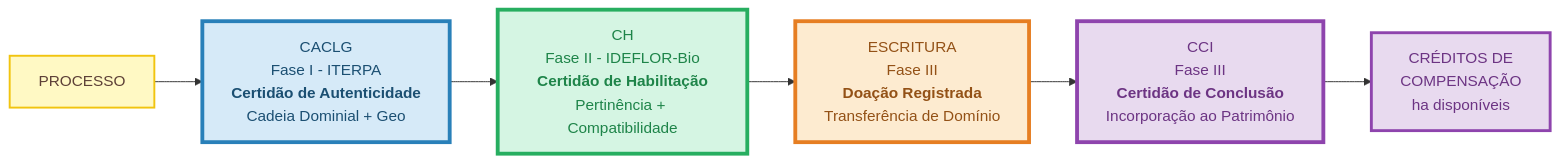
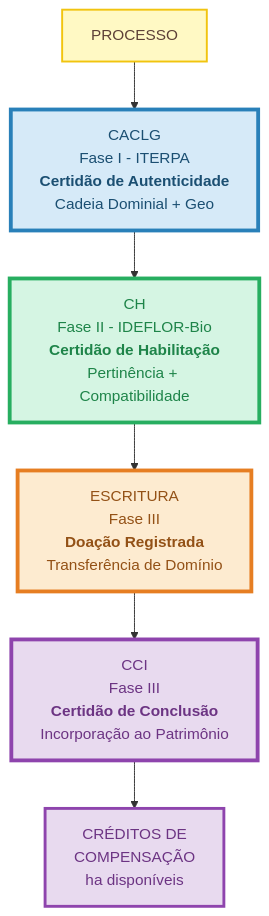
The seventh of 7 diagrams in docs/05-modelo-dados/modelo-dados.md (NGEO-IDEFLOR-Bio/certFundiaria-uces-pa), drawn with Mermaid before and after one commit. The commit also changed 1 other file, not shown here.

Commit message:
Converte diagramas LR para TD e reestrutura impedimentos como sequencia vertical

````diff
--- a/docs/05-modelo-dados/modelo-dados.md
+++ b/docs/05-modelo-dados/modelo-dados.md
@@ -384,23 +384,23 @@
 ```mermaid
-flowchart LR
+flowchart TD
     classDef iterpa fill:#D6EAF8,stroke:#2980B9,stroke-width:3px,color:#1B4F72
     classDef ideflor fill:#D5F5E3,stroke:#27AE60,stroke-width:3px,color:#1E8449
     classDef fase3 fill:#FDEBD0,stroke:#E67E22,stroke-width:3px,color:#935116
     classDef cert fill:#E8DAEF,stroke:#8E44AD,stroke-width:3px,color:#6C3483
     classDef processo fill:#FFF9C4,stroke:#F1C40F,stroke-width:2px,color:#5D4037
 
     PROC["PROCESSO"]:::processo
 
     PROC --> CACLG["CACLG<br/>Fase I - ITERPA<br/><b>Certidão de Autenticidade</b><br/>Cadeia Dominial + Geo"]:::iterpa
     CACLG --> CH["CH<br/>Fase II - IDEFLOR-Bio<br/><b>Certidão de Habilitação</b><br/>Pertinência + Compatibilidade"]:::ideflor
     CH --> ESCR["ESCRITURA<br/>Fase III<br/><b>Doação Registrada</b><br/>Transferência de Domínio"]:::fase3
     ESCR --> CCI["CCI<br/>Fase III<br/><b>Certidão de Conclusão</b><br/>Incorporação ao Patrimônio"]:::cert
 
     CCI --> CRED["CRÉDITOS DE<br/>COMPENSAÇÃO<br/>ha disponíveis"]:::cert
 
     style CACLG stroke-width:4px
     style CH stroke-width:4px
     style ESCR stroke-width:4px
     style CCI stroke-width:4px
     style CRED stroke-width:3px
 ```
````
